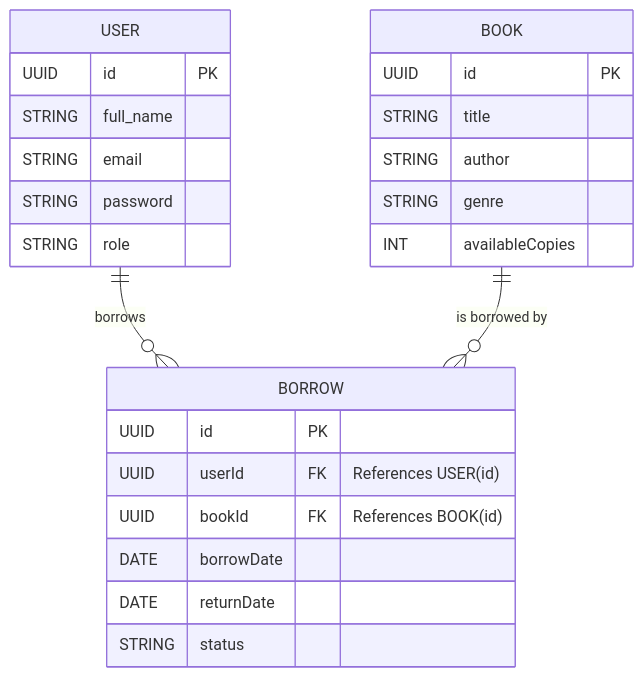
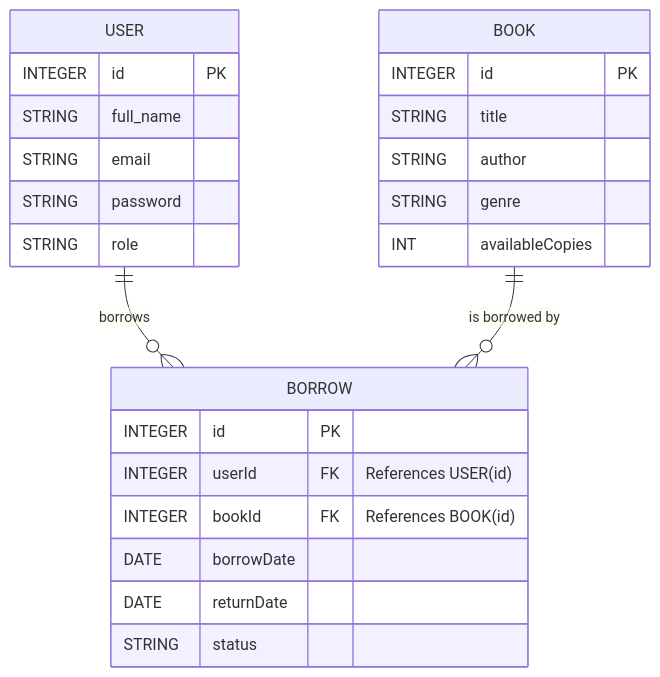
One commit to Apolo151/shelf-wise changed the diagram in docs/ERD.md. Above: the diagram before and after it, drawn with Mermaid. The commit also changed 10 other files, not shown here.

````diff
--- a/docs/ERD.md
+++ b/docs/ERD.md
@@ -3,31 +3,31 @@
 ```mermaid
 erDiagram
     USER {
-        UUID id PK
+        INTEGER id PK
         STRING full_name
         STRING email
         STRING password
         STRING role
     }
 
     BOOK {
-        UUID id PK
+        INTEGER id PK
         STRING title
         STRING author
         STRING genre
         INT availableCopies
     }
 
     BORROW {
-        UUID id PK
-        UUID userId FK "References USER(id)"
-        UUID bookId FK "References BOOK(id)"
+        INTEGER id PK
+        INTEGER userId FK "References USER(id)"
+        INTEGER bookId FK "References BOOK(id)"
         DATE borrowDate
         DATE returnDate
         STRING status
     }
 
     USER ||--o{ BORROW : "borrows"
     BOOK ||--o{ BORROW : "is borrowed by"
 
 ```
````
